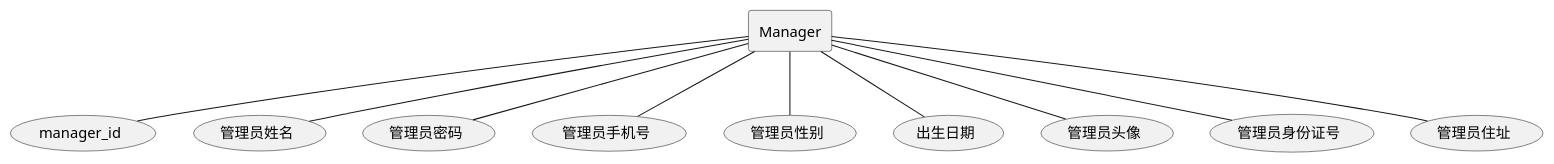
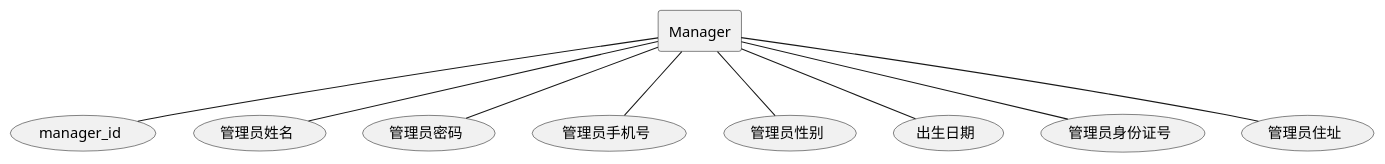
One commit to xiaokangxxs/notebook changed the fourth of 30 diagrams in docs/UML/plantuml.md. Above: the diagram before and after it, drawn with PlantUML. The commit also changed other lines of this file and 2 other files, not shown here.

Commit message:
update hadoop-ha and update familyaccount-plantuml

````diff
--- a/docs/UML/plantuml.md
+++ b/docs/UML/plantuml.md
@@ -104,14 +96,13 @@
 ```plantuml
 @startuml
 rectangle Manager
 Manager -- (manager_id)
 Manager -- (管理员姓名)
 Manager -- (管理员密码)
 Manager -- (管理员手机号)
 Manager -- (管理员性别)
 Manager -- (出生日期)
-Manager -- (管理员头像)
 Manager -- (管理员身份证号)
 Manager -- (管理员住址)
 @enduml
 ```
````
